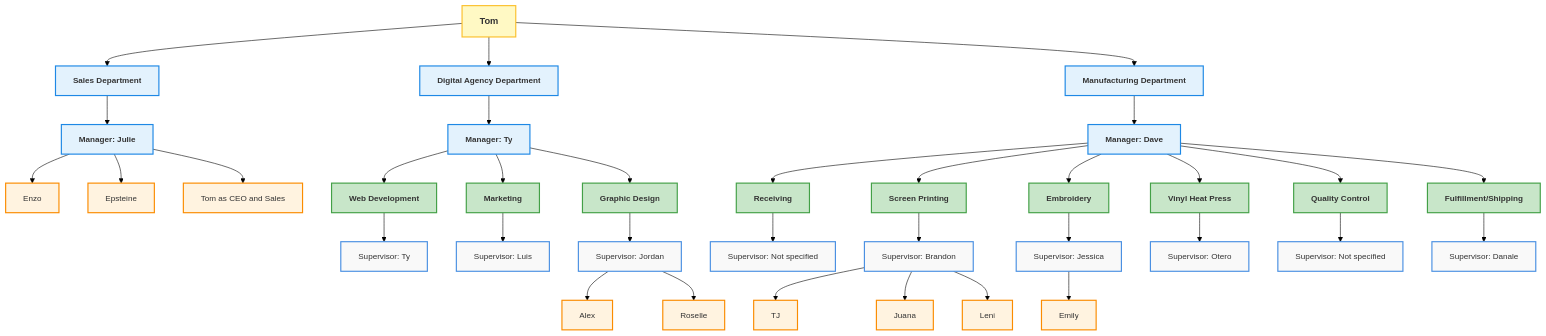
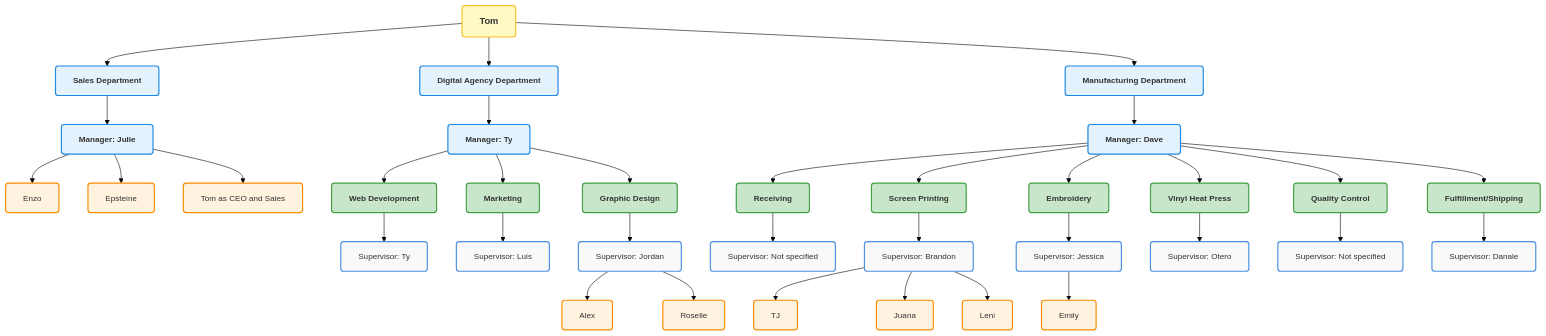
Before and after one commit to TyGrim13/4WinnerFlows: the first of 11 diagrams in README.md, drawn with Mermaid.

````diff
--- a/README.md
+++ b/README.md
@@ -29,12 +29,14 @@
 
 %%{init: {'theme': 'forest', 'themeVariables': { 'primaryColor': '#4a90e2', 'edgeLabelBackground': '#ffffff', 'tertiaryColor': '#f4f4f4', 'primaryBorderColor': '#333', 'primaryTextColor': '#333', 'fontFamily': 'Arial'}}}%%
 
+%%{init: {'theme': 'forest', 'themeVariables': { 'primaryColor': '#4a90e2', 'edgeLabelBackground': '#ffffff', 'tertiaryColor': '#f4f4f4', 'primaryBorderColor': '#333', 'primaryTextColor': '#333', 'fontFamily': 'Arial'}}}%%
+
 flowchart TD
-    classDef default fill:#f9f9f9,stroke:#4a90e2,stroke-width:2px,color:#333,font-family:'Arial',font-size:14px;
-    classDef manager fill:#e3f2fd,stroke:#1e88e5,stroke-width:2px,color:#333,font-family:'Arial',font-size:14px,font-weight:bold;
-    classDef supervisor fill:#c8e6c9,stroke:#43a047,stroke-width:2px,color:#333,font-family:'Arial',font-size:14px,font-weight:bold;
-    classDef team fill:#fff3e0,stroke:#fb8c00,stroke-width:2px,color:#333,font-family:'Arial',font-size:14px;
-    classDef ceo fill:#fff9c4,stroke:#fbc02d,stroke-width:2px,color:#333,font-family:'Arial',font-size:16px,font-weight:bold;
+    classDef default fill:#f9f9f9,stroke:#4a90e2,stroke-width:2px,color:#333,font-family:'Arial',font-size:14px,rx:5,ry:5;
+    classDef manager fill:#e3f2fd,stroke:#1e88e5,stroke-width:2px,color:#333,font-family:'Arial',font-size:14px,font-weight:bold,rx:5,ry:5;
+    classDef supervisor fill:#c8e6c9,stroke:#43a047,stroke-width:2px,color:#333,font-family:'Arial',font-size:14px,font-weight:bold,rx:5,ry:5;
+    classDef team fill:#fff3e0,stroke:#fb8c00,stroke-width:2px,color:#333,font-family:'Arial',font-size:14px,rx:5,ry:5;
+    classDef ceo fill:#fff9c4,stroke:#fbc02d,stroke-width:2px,color:#333,font-family:'Arial',font-size:16px,font-weight:bold,rx:5,ry:5;
 
     CEO[Tom]
     class CEO ceo
@@ -120,4 +122,5 @@
 
 
 
+
 ```
````
